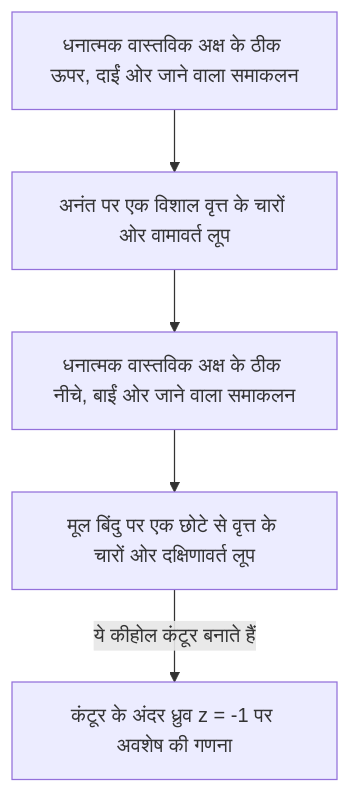
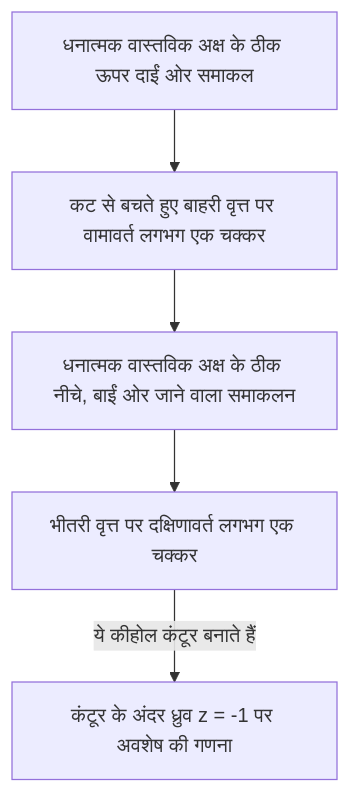
One commit to kenjinote/blog changed the third of 3 diagrams in content/post/residue-theorem/index.hi.md. Above: the diagram before and after it, drawn with Mermaid. The commit also changed other lines of this file and 7 other files, not shown here.

````diff
--- a/content/post/residue-theorem/index.hi.md
+++ b/content/post/residue-theorem/index.hi.md
@@ -166,7 +167,7 @@
 ```mermaid
 flowchart TD
-    A["धनात्मक वास्तविक अक्ष के ठीक ऊपर, दाईं ओर जाने वाला समाकलन"] --> B["अनंत पर एक विशाल वृत्त के चारों ओर वामावर्त लूप"]
+    A["धनात्मक वास्तविक अक्ष के ठीक ऊपर दाईं ओर समाकल"] --> B["कट से बचते हुए बाहरी वृत्त पर वामावर्त लगभग एक चक्कर"]
     B --> C["धनात्मक वास्तविक अक्ष के ठीक नीचे, बाईं ओर जाने वाला समाकलन"]
-    C --> D["मूल बिंदु पर एक छोटे से वृत्त के चारों ओर दक्षिणावर्त लूप"]
+    C --> D["भीतरी वृत्त पर दक्षिणावर्त लगभग एक चक्कर"]
     D -->|"ये कीहोल कंटूर बनाते हैं"| E["कंटूर के अंदर ध्रुव z = -1 पर अवशेष की गणना"]
 ```
````
